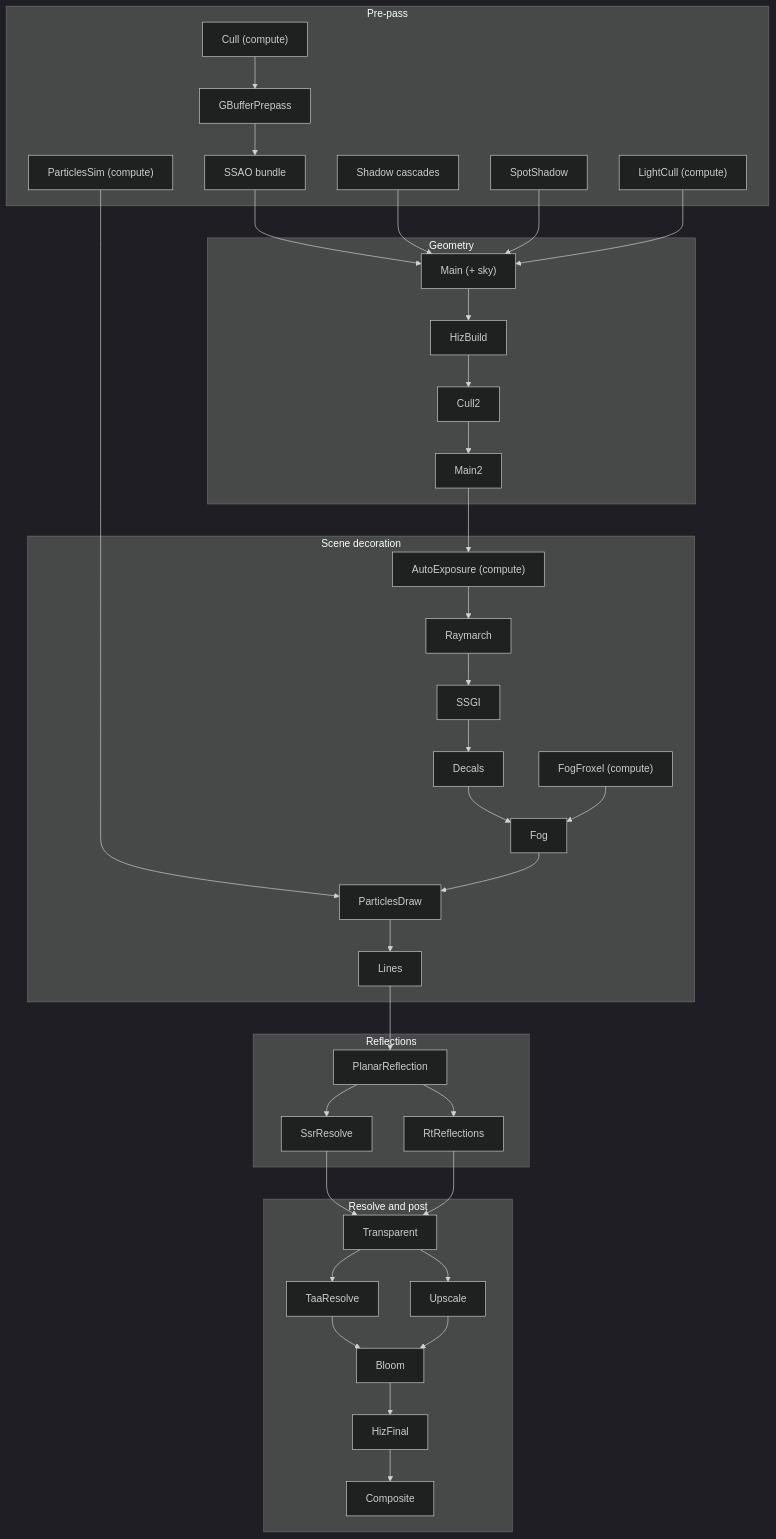
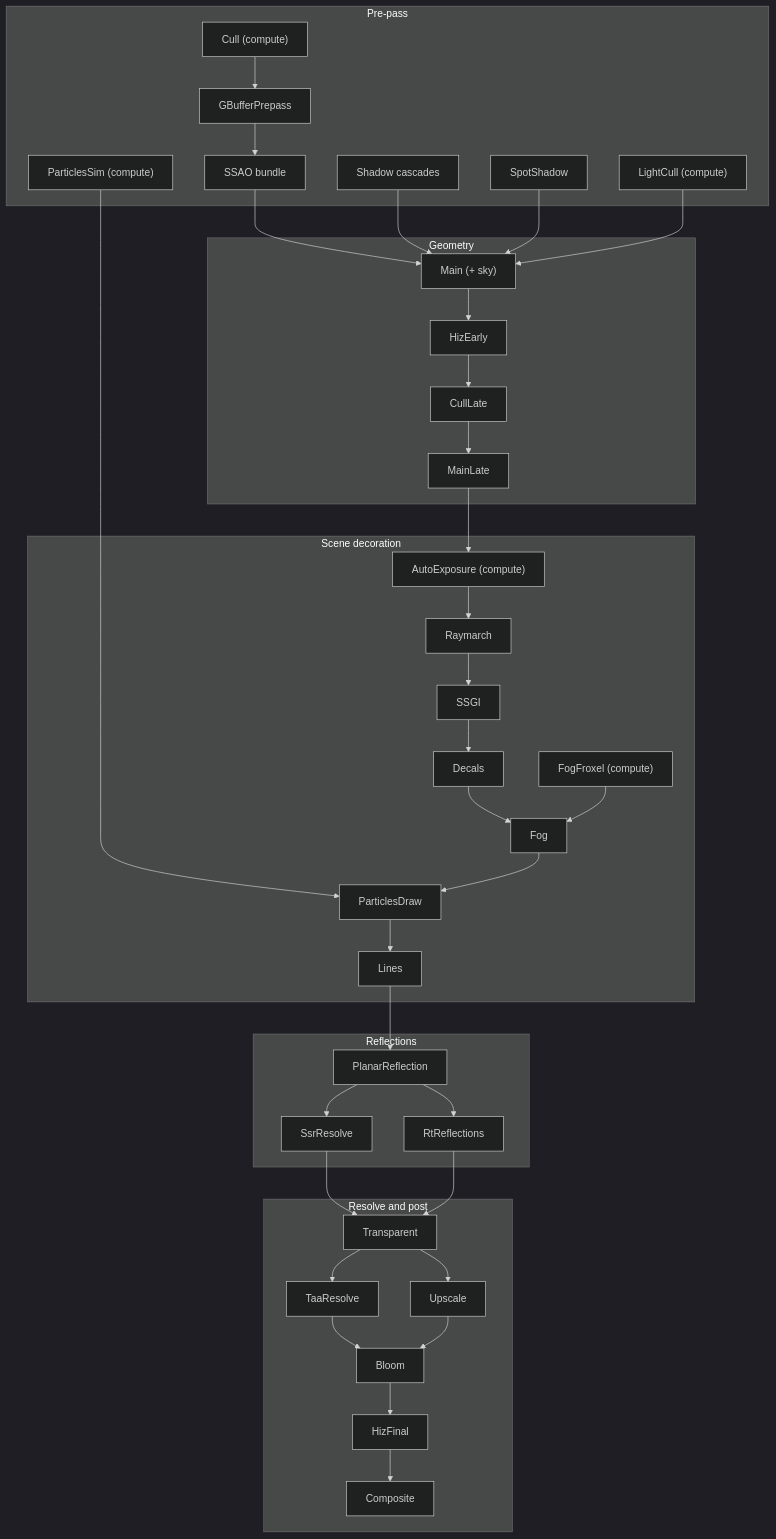
Before and after one commit to concinnitygg/concinnity: the fifth of 6 diagrams in docs/spec.md, drawn with Mermaid (dark theme). The commit also changed other lines of this file and 79 other files, not shown here.

First line of the commit message:
Rename late occlusion passes, split GPU spans from graph passes

````diff
--- a/docs/spec.md
+++ b/docs/spec.md
@@ -1417,58 +1417,58 @@
 ```mermaid
 flowchart TD
     subgraph pre["Pre-pass"]
         CULL["Cull (compute)"]
         GB["GBufferPrepass"]
         SSAO["SSAO bundle"]
         SHADOW["Shadow cascades"]
         LC["LightCull (compute)"]
         PSIM["ParticlesSim (compute)"]
         SPOT["SpotShadow"]
     end
     subgraph geo["Geometry"]
         MAIN["Main (+ sky)"]
-        HIZ["HizBuild"]
-        CULL2["Cull2"]
-        MAIN2["Main2"]
+        HIZ["HizEarly"]
+        CULLLATE["CullLate"]
+        MAINLATE["MainLate"]
     end
     subgraph dec["Scene decoration"]
         AE["AutoExposure (compute)"]
         RAY["Raymarch"]
         SSGI["SSGI"]
         DECAL["Decals"]
         FOGF["FogFroxel (compute)"]
         FOG["Fog"]
         PART["ParticlesDraw"]
         LINES["Lines"]
     end
     subgraph refl["Reflections"]
         PLANAR["PlanarReflection"]
         SSR["SsrResolve"]
         RT["RtReflections"]
     end
     subgraph post["Resolve and post"]
         TRANS["Transparent"]
         TAA["TaaResolve"]
         UP["Upscale"]
         BLOOM["Bloom"]
         HIZF["HizFinal"]
         COMP["Composite"]
     end
 
     CULL --> GB --> SSAO --> MAIN
     SHADOW --> MAIN
     SPOT --> MAIN
     LC --> MAIN
     PSIM --> PART
-    MAIN --> HIZ --> CULL2 --> MAIN2
-    MAIN2 --> AE --> RAY --> SSGI --> DECAL --> FOG --> PART --> LINES
+    MAIN --> HIZ --> CULLLATE --> MAINLATE
+    MAINLATE --> AE --> RAY --> SSGI --> DECAL --> FOG --> PART --> LINES
     FOGF --> FOG
     LINES --> PLANAR
     PLANAR --> SSR
     PLANAR --> RT
     SSR --> TRANS
     RT --> TRANS
     TRANS --> TAA --> BLOOM
     TRANS --> UP --> BLOOM
     BLOOM --> HIZF --> COMP
 ```
````
